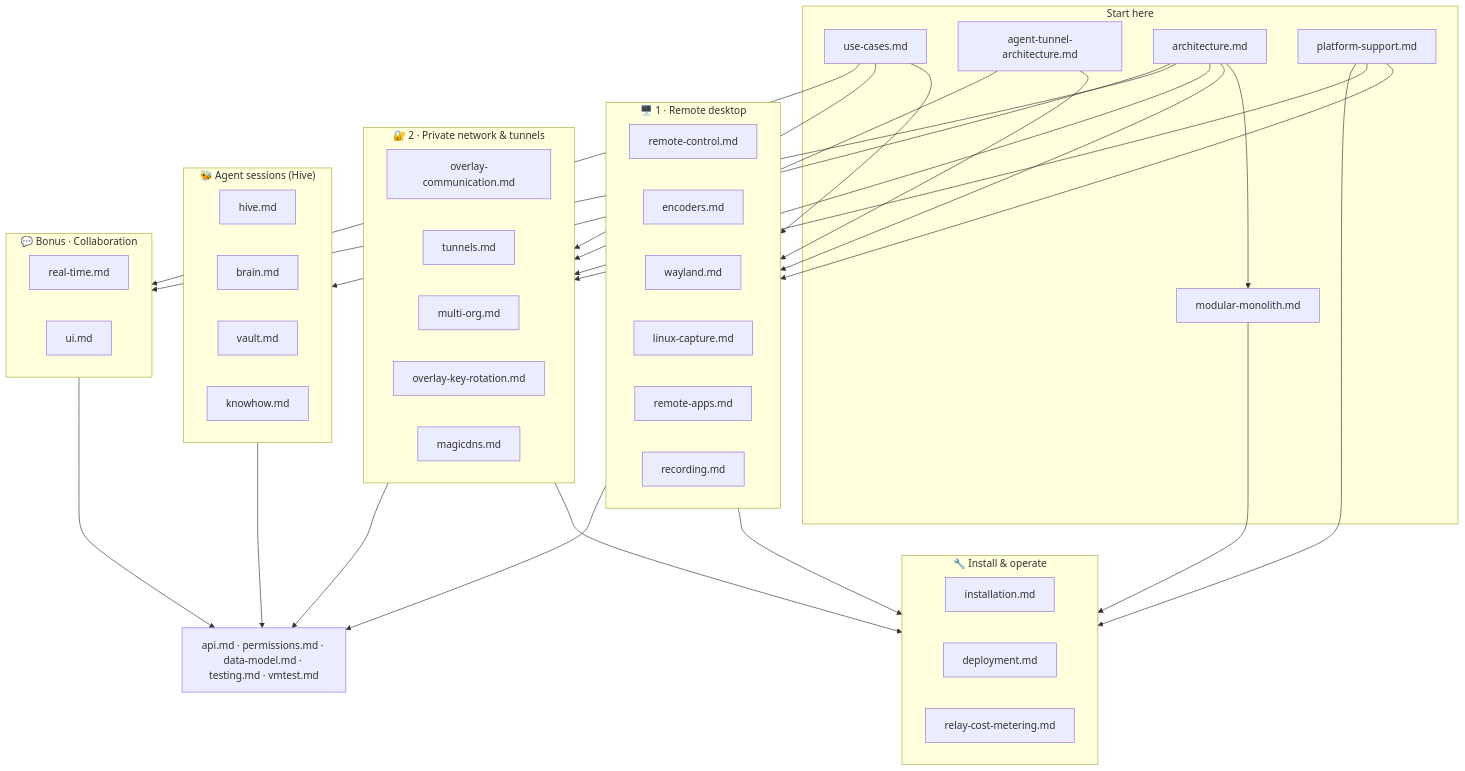
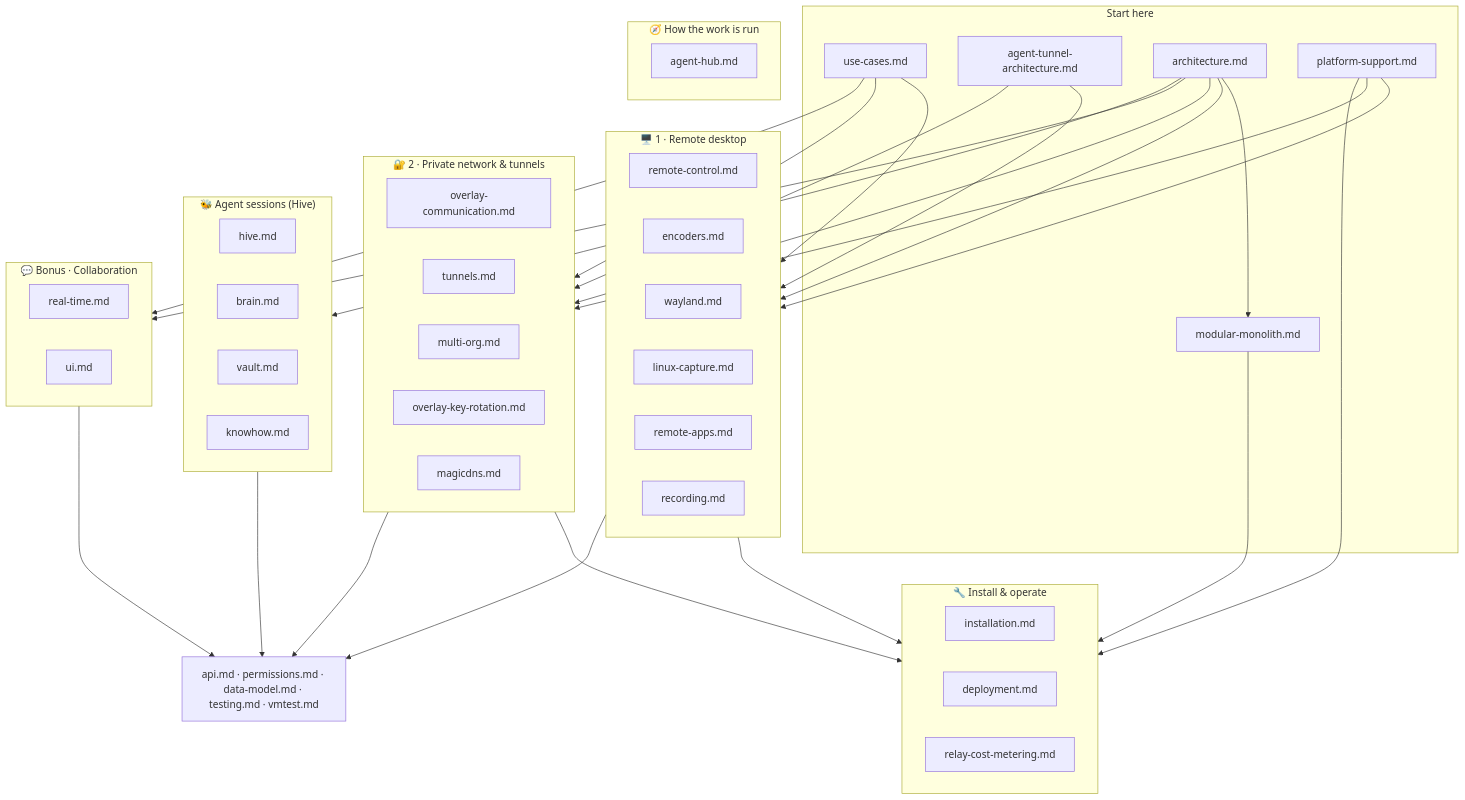
The diagram in docs/README.md (gjovanov/roomler-ai), drawn with Mermaid before and after one commit. The commit also changed other lines of this file and 3 other files, not shown here.

````diff
--- a/docs/README.md
+++ b/docs/README.md
@@ -24,57 +24,61 @@
 ```mermaid
 flowchart TB
     subgraph entry["Start here"]
         UC["use-cases.md"]
         ATA["agent-tunnel-architecture.md"]
         ARCH["architecture.md"]
         MM["modular-monolith.md"]
         PS["platform-support.md"]
     end
 
     subgraph rd["🖥️ 1 · Remote desktop"]
         RC["remote-control.md"]
         ENC["encoders.md"]
         WAY["wayland.md"]
         LCAP["linux-capture.md"]
         RAPP["remote-apps.md"]
         REC["recording.md"]
     end
 
     subgraph net["🔐 2 · Private network & tunnels"]
         OC["overlay-communication.md"]
         TUN["tunnels.md"]
         MO["multi-org.md"]
         OKR["overlay-key-rotation.md"]
         MDNS["magicdns.md"]
     end
 
     subgraph collab["💬 Bonus · Collaboration"]
         RT["real-time.md"]
         UIX["ui.md"]
     end
 
     subgraph hive["🐝 Agent sessions (Hive)"]
         HIVE["hive.md"]
         BRAIN["brain.md"]
         VAULT["vault.md"]
         KNOW["knowhow.md"]
     end
 
     subgraph ops["🔧 Install & operate"]
         INST["installation.md"]
         DEP["deployment.md"]
         RCM["relay-cost-metering.md"]
     end
 
+    subgraph work["🧭 How the work is run"]
+        AHUB["agent-hub.md"]
+    end
+
     REF["api.md · permissions.md · data-model.md · testing.md · vmtest.md"]
 
     UC --> rd & net & collab
     ATA --> rd & net
     ARCH --> rd & net & collab
     ARCH --> MM
     ARCH --> hive
     PS --> rd & net & ops
     MM --> ops
     rd & net --> ops
     rd & net & collab & hive --> REF
 ```
````
